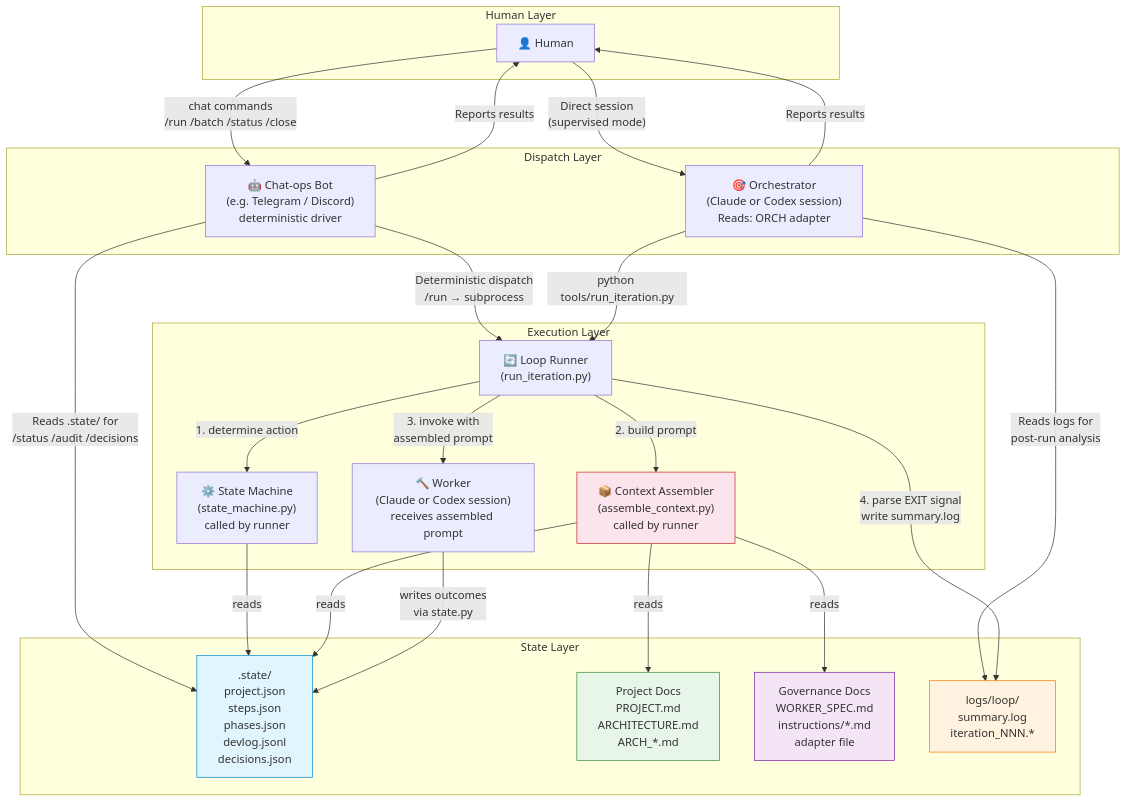
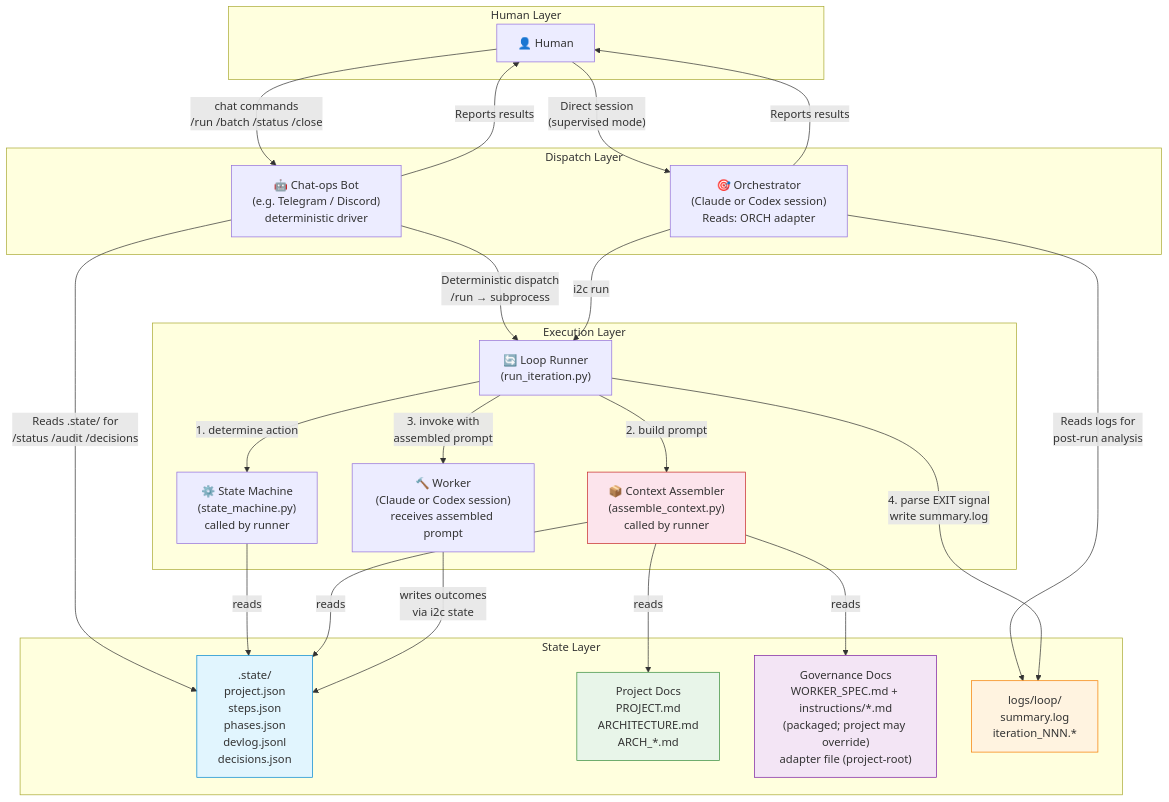
One commit to LesTP/i2c changed the first of 5 diagrams in WORKFLOW.md. Above: the diagram before and after it, drawn with Mermaid. The commit also changed other lines of this file and 49 other files, not shown here.

First line of the commit message:
build: package i2c (tools/->i2c/) + schema_version & i2c migrate (Phase 2 §5, §8)

````diff
--- a/WORKFLOW.md
+++ b/WORKFLOW.md
@@ -5,49 +5,49 @@
 ```mermaid
 graph TB
     subgraph "Human Layer"
         H["👤 Human"]
     end
 
     subgraph "Dispatch Layer"
         CB["🤖 Chat-ops Bot<br/>(e.g. Telegram / Discord)<br/>deterministic driver"]
         CO["🎯 Orchestrator<br/>(Claude or Codex session)<br/>Reads: ORCH adapter"]
     end
 
     subgraph "Execution Layer"
         LR["🔄 Loop Runner<br/>(run_iteration.py)"]
         SM["⚙️ State Machine<br/>(state_machine.py)<br/>called by runner"]
         ASM["📦 Context Assembler<br/>(assemble_context.py)<br/>called by runner"]
         W["🔨 Worker<br/>(Claude or Codex session)<br/>receives assembled prompt"]
     end
 
     subgraph "State Layer"
         ST[".state/<br/>project.json<br/>steps.json<br/>phases.json<br/>devlog.jsonl<br/>decisions.json"]
         PD["Project Docs<br/>PROJECT.md<br/>ARCHITECTURE.md<br/>ARCH_*.md"]
-        GOV["Governance Docs<br/>WORKER_SPEC.md<br/>instructions/*.md<br/>adapter file"]
+        GOV["Governance Docs<br/>WORKER_SPEC.md + instructions/*.md<br/>(packaged; project may override)<br/>adapter file (project-root)"]
         LOG["logs/loop/<br/>summary.log<br/>iteration_NNN.*"]
     end
 
     H -- "chat commands<br/>/run /batch /status /close" --> CB
     H -- "Direct session<br/>(supervised mode)" --> CO
     CB -- "Deterministic dispatch<br/>/run → subprocess" --> LR
     CB -- "Reads .state/ for<br/>/status /audit /decisions" --> ST
-    CO -- "python tools/run_iteration.py" --> LR
+    CO -- "i2c run" --> LR
     CO -- "Reads logs for<br/>post-run analysis" --> LOG
     LR -- "1. determine action" --> SM
     SM -- "reads" --> ST
     LR -- "2. build prompt" --> ASM
     ASM -- "reads" --> ST
     ASM -- "reads" --> PD
     ASM -- "reads" --> GOV
     LR -- "3. invoke with<br/>assembled prompt" --> W
-    W -- "writes outcomes<br/>via state.py" --> ST
+    W -- "writes outcomes<br/>via i2c state" --> ST
     LR -- "4. parse EXIT signal<br/>write summary.log" --> LOG
     CO -- "Reports results" --> H
     CB -- "Reports results" --> H
 
     style ST fill:#e1f5fe,stroke:#0288d1
     style GOV fill:#f3e5f5,stroke:#7b1fa2
     style PD fill:#e8f5e9,stroke:#388e3c
     style LOG fill:#fff3e0,stroke:#f57c00
     style ASM fill:#fce4ec,stroke:#c62828
 ```
````
